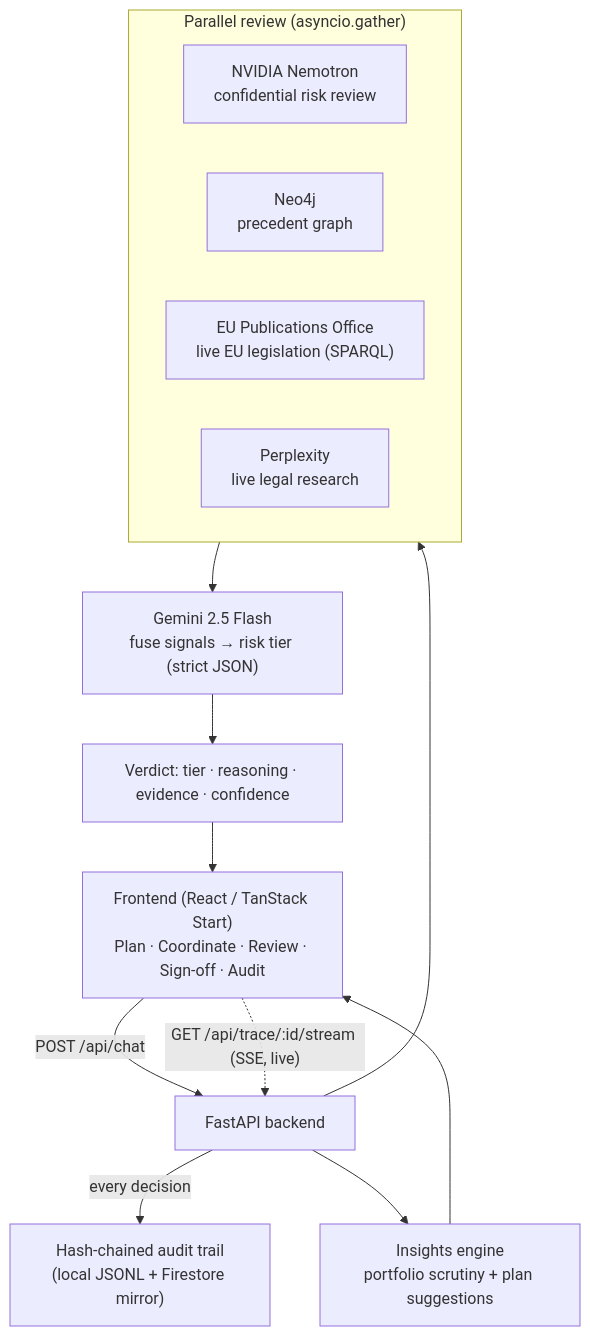
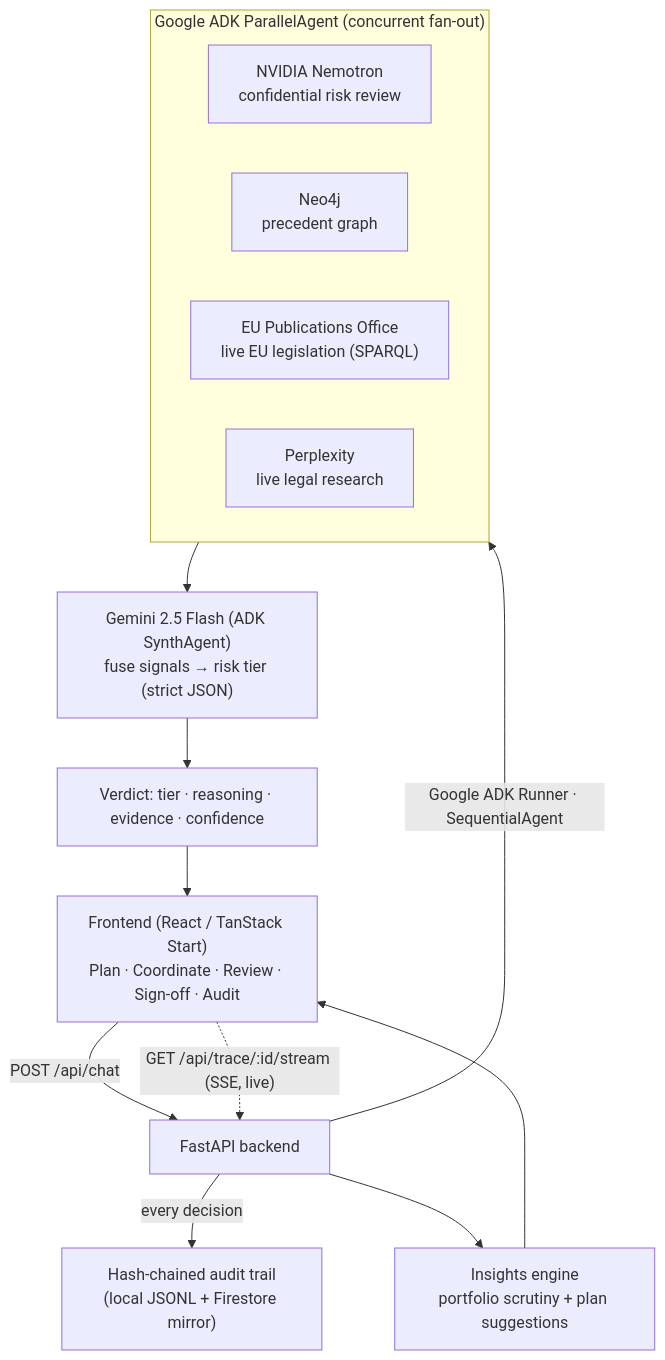
The diagram in README.md (IsumNA/SignOff), drawn with Mermaid before and after one commit. The commit also changed other lines of this file and 4 other files, not shown here.

````diff
--- a/README.md
+++ b/README.md
@@ -98,24 +98,24 @@
 ```mermaid
 flowchart TD
     UI["Frontend (React / TanStack Start)<br/>Plan · Coordinate · Review · Sign-off · Audit"]
     API["FastAPI backend"]
 
     UI -->|"POST /api/chat"| API
     UI -.->|"GET /api/trace/:id/stream (SSE, live)"| API
 
-    subgraph FANOUT["Parallel review (asyncio.gather)"]
+    subgraph FANOUT["Google ADK ParallelAgent (concurrent fan-out)"]
         NIM["NVIDIA Nemotron<br/>confidential risk review"]
         NEO["Neo4j<br/>precedent graph"]
         EU["EU Publications Office<br/>live EU legislation (SPARQL)"]
         PPLX["Perplexity<br/>live legal research"]
     end
 
-    API --> FANOUT
-    FANOUT --> SYNTH["Gemini 2.5 Flash<br/>fuse signals → risk tier (strict JSON)"]
+    API -->|"Google ADK Runner · SequentialAgent"| FANOUT
+    FANOUT --> SYNTH["Gemini 2.5 Flash (ADK SynthAgent)<br/>fuse signals → risk tier (strict JSON)"]
     SYNTH --> RESULT["Verdict: tier · reasoning · evidence · confidence"]
     RESULT --> UI
 
     API -->|"every decision"| AUDIT["Hash-chained audit trail<br/>(local JSONL + Firestore mirror)"]
     API --> INS["Insights engine<br/>portfolio scrutiny + plan suggestions"]
     INS --> UI
 ```
````
